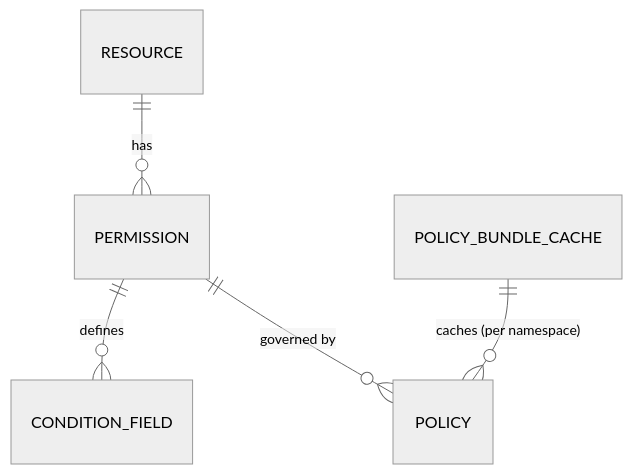
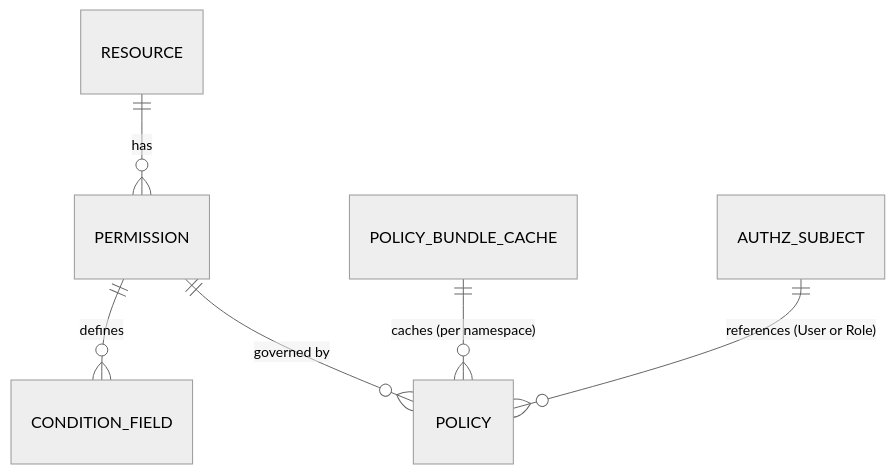
The second of 2 diagrams in docs/architecture/architecture-overview.md (gopakumar-k-a-datamate/opa_integration_backend), drawn with Mermaid (neutral theme) before and after one commit. The commit also changed other lines of this file and 4 other files, not shown here.

````diff
--- a/docs/architecture/architecture-overview.md
+++ b/docs/architecture/architecture-overview.md
@@ -68,7 +80,8 @@
 ```mermaid
 erDiagram
     RESOURCE ||--o{ PERMISSION : has
     PERMISSION ||--o{ CONDITION_FIELD : defines
     PERMISSION ||--o{ POLICY : "governed by"
     POLICY_BUNDLE_CACHE ||--o{ POLICY : "caches (per namespace)"
+    AUTHZ_SUBJECT ||--o{ POLICY : "references (User or Role)"
 ```
````
